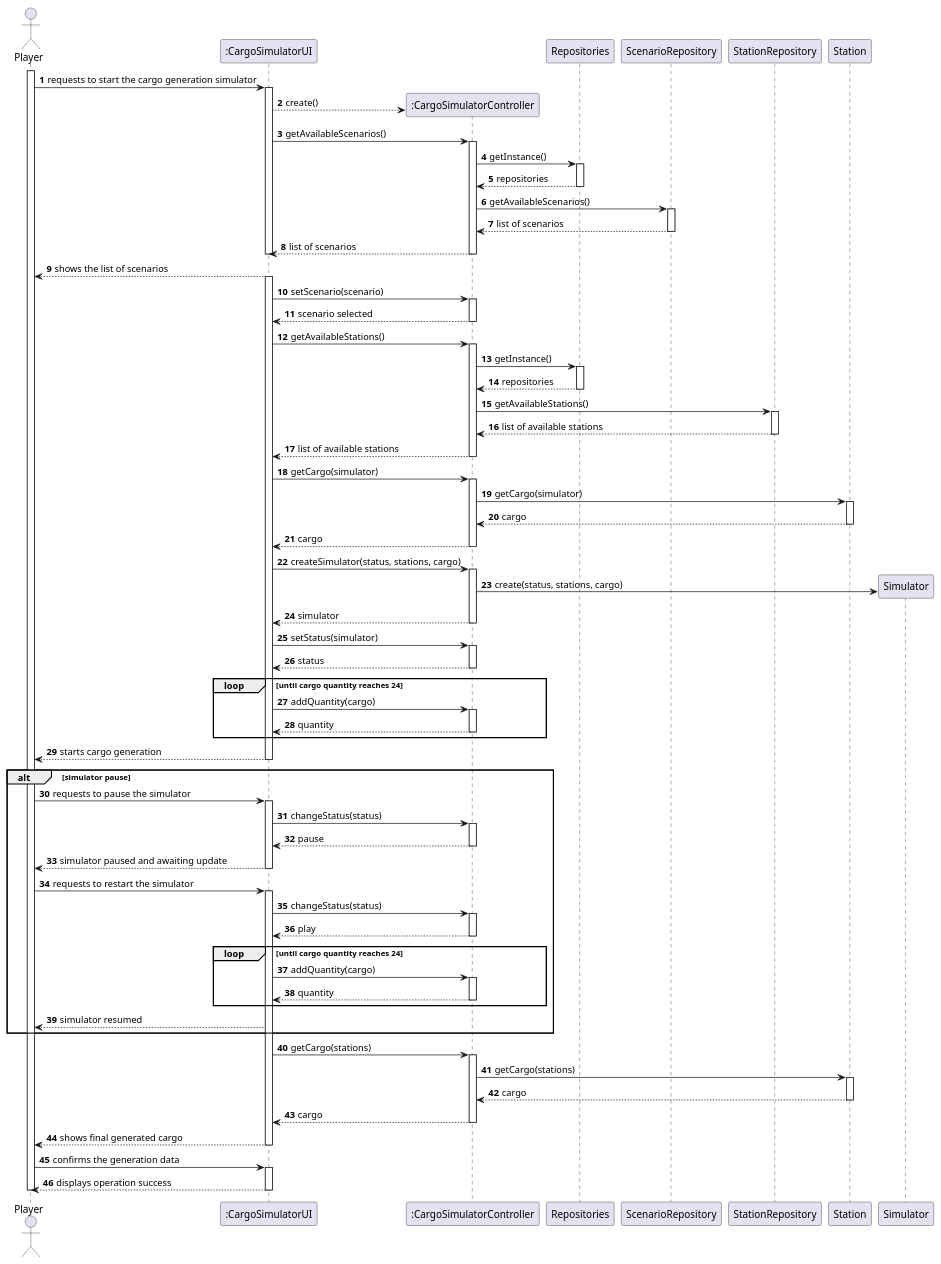
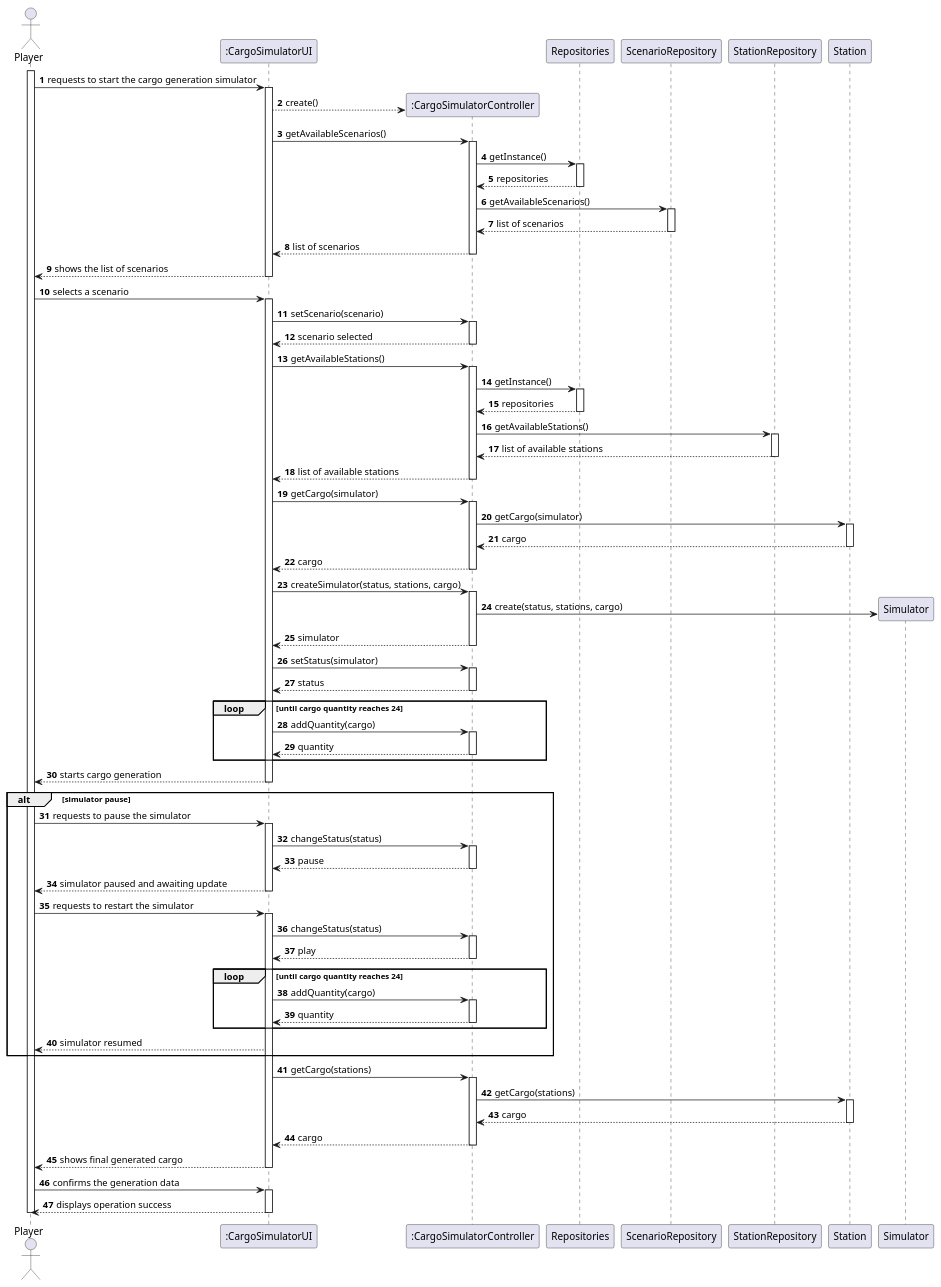
One commit to 1240935/pi2-railway-simulator changed the diagram in Sprint2/US012/03.design/puml/US012-SD-full.puml. Above: the diagram before and after it, drawn with PlantUML. The commit also changed 11 other files, not shown here.

```diff
--- a/Sprint2/US012/03.design/puml/US012-SD-full.puml
+++ b/Sprint2/US012/03.design/puml/US012-SD-full.puml
@@ -1,179 +1,180 @@
 @startuml
 'skinparam monochrome true
 skinparam packageStyle rectangle
 skinparam shadowing false
 
 autonumber
 
 actor "Player" as PLAYER
 participant ":CargoSimulatorUI" as UI
 participant ":CargoSimulatorController" as CTRL
 participant "Repositories" as REPOS
 participant "ScenarioRepository" as SREPOS
 participant "StationRepository" as STREPOS
 participant "Station" as STATION
 participant "Simulator" as SIMULATOR
 
 activate PLAYER
 
     PLAYER -> UI : requests to start the cargo generation simulator
     activate UI
 
         UI --> CTRL** : create()
 
             UI -> CTRL : getAvailableScenarios()
             activate CTRL
 
             CTRL -> REPOS : getInstance()
             activate REPOS
 
             REPOS --> CTRL: repositories
 
             deactivate REPOS
 
             CTRL -> SREPOS : getAvailableScenarios()
             activate SREPOS
 
             SREPOS --> CTRL : list of scenarios
 
             deactivate SREPOS
             CTRL --> UI : list of scenarios
             deactivate CTRL
+              UI --> PLAYER : shows the list of scenarios
 
             deactivate UI
 
-            UI --> PLAYER : shows the list of scenarios
-    activate UI
 
+            PLAYER -> UI: selects a scenario
+            activate UI
         UI -> CTRL : setScenario(scenario)
         activate CTRL
 
         CTRL --> UI : scenario selected
         deactivate CTRL
         UI -> CTRL : getAvailableStations()
         activate CTRL
 
         CTRL -> REPOS : getInstance()
           activate REPOS
 
         REPOS --> CTRL: repositories
 
         deactivate REPOS
 
         CTRL -> STREPOS : getAvailableStations()
         activate STREPOS
 
         STREPOS --> CTRL : list of available stations
         deactivate STREPOS
 
         CTRL --> UI: list of available stations
         deactivate CTRL
 
         UI -> CTRL: getCargo(simulator)
 
         activate CTRL
 
         CTRL -> STATION: getCargo(simulator)
 
         activate STATION
 
         STATION --> CTRL: cargo
 
         deactivate STATION
 
         CTRL --> UI: cargo
         deactivate CTRL
 
         UI -> CTRL: createSimulator(status, stations, cargo)
 
         activate CTRL
 
         CTRL -> SIMULATOR** : create(status, stations, cargo)
 
         CTRL --> UI : simulator
 
         deactivate CTRL
 
         UI -> CTRL: setStatus(simulator)
 
        activate CTRL
 
        CTRL--> UI: status
        deactivate CTRL
 
        loop until cargo quantity reaches 24
 
        UI -> CTRL: addQuantity(cargo)
 
        activate CTRL
 
        CTRL --> UI: quantity
        deactivate CTRL
        end loop
 
 
         UI --> PLAYER : starts cargo generation
         deactivate UI
 
     alt simulator pause
 
         PLAYER -> UI : requests to pause the simulator
         activate UI
             UI -> CTRL : changeStatus(status)
 
             activate CTRL
 
             CTRL --> UI : pause
             deactivate CTRL
         UI --> PLAYER : simulator paused and awaiting update
         deactivate UI
 
         PLAYER -> UI : requests to restart the simulator
         activate UI
 
             UI -> CTRL : changeStatus(status)
             activate CTRL
 
             CTRL --> UI : play
             deactivate CTRL
 
              loop until cargo quantity reaches 24
 
                    UI -> CTRL: addQuantity(cargo)
 
                    activate CTRL
 
                    CTRL --> UI: quantity
                    deactivate CTRL
                    end loop
             deactivate CTRL
         UI --> PLAYER : simulator resumed
 
     end alt
 
     UI -> CTRL: getCargo(stations)
 
             activate CTRL
 
             CTRL -> STATION: getCargo(stations)
 
             activate STATION
 
             STATION --> CTRL: cargo
 
             deactivate STATION
 
             CTRL --> UI: cargo
             deactivate CTRL
 
     UI --> PLAYER : shows final generated cargo
     deactivate UI
 
     PLAYER -> UI : confirms the generation data
     activate UI
 
     UI --> PLAYER : displays operation success
     deactivate UI
 
 deactivate PLAYER
 @enduml
```
